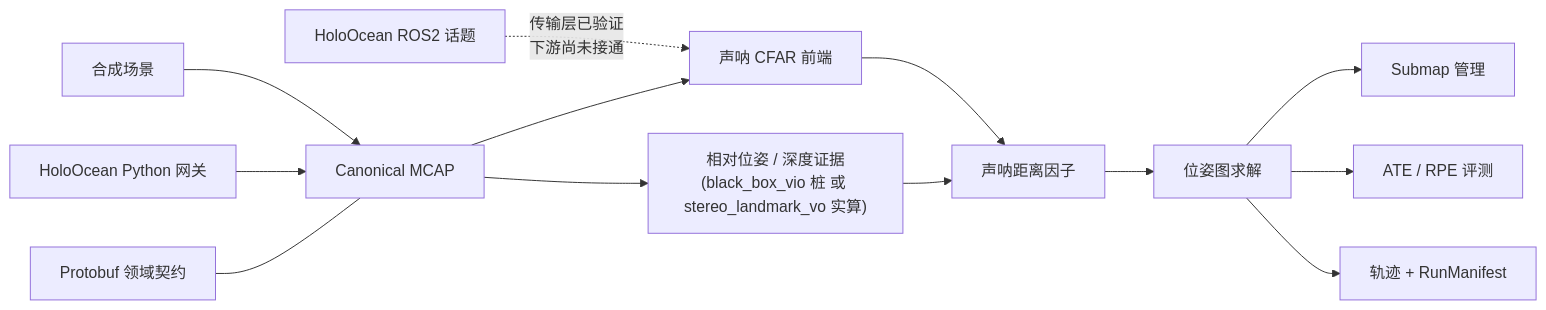
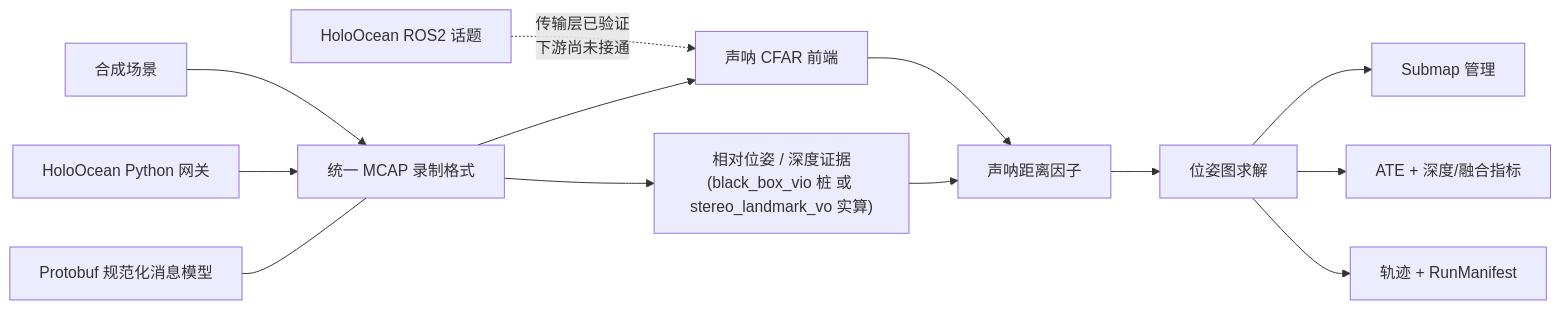
One commit to PengBY91/uw_slam changed the first of 2 diagrams in README.md. Above: the diagram before and after it, drawn with Mermaid. The commit also changed other lines of this file and 72 other files, not shown here.

````diff
--- a/README.md
+++ b/README.md
@@ -153,16 +162,16 @@
 ```mermaid
 flowchart LR
-    SYN[合成场景] --> MCAP[Canonical MCAP]
+    SYN[合成场景] --> MCAP[统一 MCAP 录制格式]
     HOP[HoloOcean Python 网关] --> MCAP
     HOR[HoloOcean ROS2 话题] -. 传输层已验证<br/>下游尚未接通 .-> FE
 
-    PB[Protobuf 领域契约] --- MCAP
+    PB[Protobuf 规范化消息模型] --- MCAP
     MCAP --> FE[声呐 CFAR 前端]
     MCAP --> ODO["相对位姿 / 深度证据<br/>(black_box_vio 桩 或 stereo_landmark_vo 实算)"]
     FE --> FACTOR[声呐距离因子]
     ODO --> FACTOR
     FACTOR --> EST[位姿图求解]
     EST --> MAP[Submap 管理]
-    EST --> EVAL[ATE / RPE 评测]
+    EST --> EVAL[ATE + 深度/融合指标]
     EST --> OUT[轨迹 + RunManifest]
 ```
````
